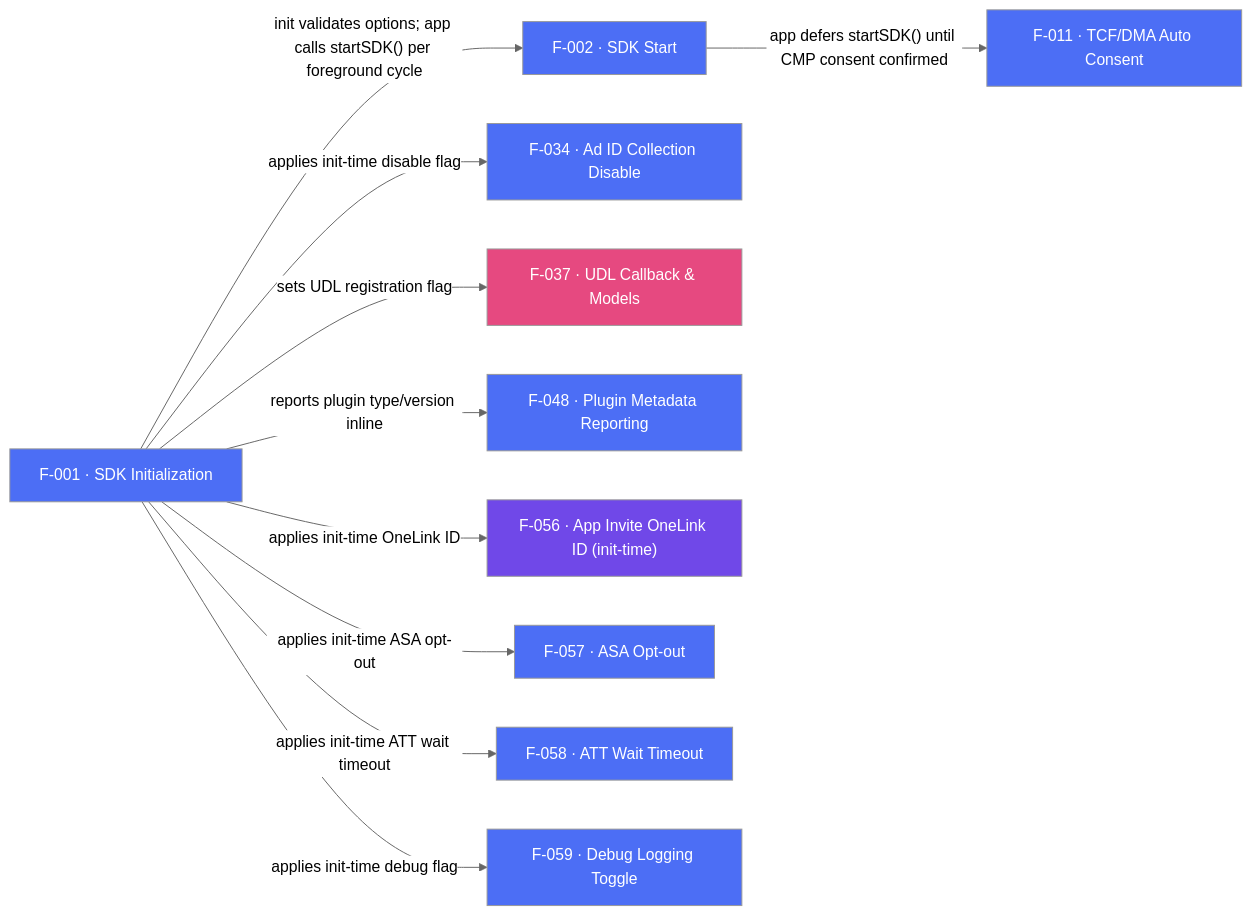
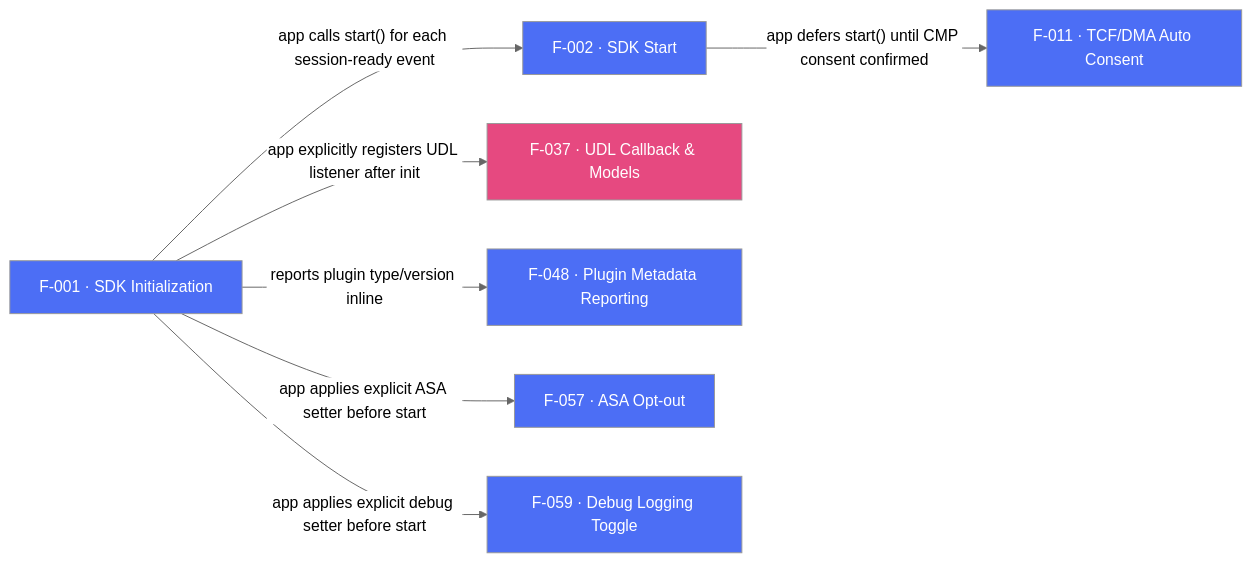
One commit to AppsFlyerSDK/appsflyer-flutter-plugin changed the second of 2 diagrams in internal-docs/features/DIAGRAM.md. Above: the diagram before and after it, drawn with Mermaid (neutral theme). The commit also changed other lines of this file and 101 other files, not shown here.

Commit message:
[DELIVERY-125863] Migrate Flutter plugin to AppsFlyer SDK 7 RPC architecture

````diff
--- a/internal-docs/features/DIAGRAM.md
+++ b/internal-docs/features/DIAGRAM.md
@@ -95,27 +96,21 @@
 ```mermaid
 flowchart LR
     F001["F-001 · SDK Initialization"]:::sdkCore
     F002["F-002 · SDK Start"]:::sdkCore
-    F034["F-034 · Ad ID Collection Disable"]:::sdkCore
     F037["F-037 · UDL Callback & Models"]:::deepLinking
     F048["F-048 · Plugin Metadata Reporting"]:::sdkCore
-    F056["F-056 · App Invite OneLink ID (init-time)"]:::oneLinkAndGrowth
     F057["F-057 · ASA Opt-out"]:::sdkCore
-    F058["F-058 · ATT Wait Timeout"]:::sdkCore
     F059["F-059 · Debug Logging Toggle"]:::sdkCore
     F011["F-011 · TCF/DMA Auto Consent"]:::sdkCore
 
-    F001 -->|"init validates options; app calls startSDK() per foreground cycle"| F002
-    F001 -->|"applies init-time disable flag"| F034
-    F001 -->|"sets UDL registration flag"| F037
+    F001 -->|"app calls start() for each session-ready event"| F002
+    F001 -->|"app explicitly registers UDL listener after init"| F037
     F001 -->|"reports plugin type/version inline"| F048
-    F001 -->|"applies init-time OneLink ID"| F056
-    F001 -->|"applies init-time ASA opt-out"| F057
-    F001 -->|"applies init-time ATT wait timeout"| F058
-    F001 -->|"applies init-time debug flag"| F059
-    F002 -->|"app defers startSDK() until CMP consent confirmed"| F011
+    F001 -->|"app applies explicit ASA setter before start"| F057
+    F001 -->|"app applies explicit debug setter before start"| F059
+    F002 -->|"app defers start() until CMP consent confirmed"| F011
 
     classDef sdkCore fill:#4C6EF5,color:#fff
     classDef deepLinking fill:#E64980,color:#fff
     classDef oneLinkAndGrowth fill:#7048E8,color:#fff
 ```
````
